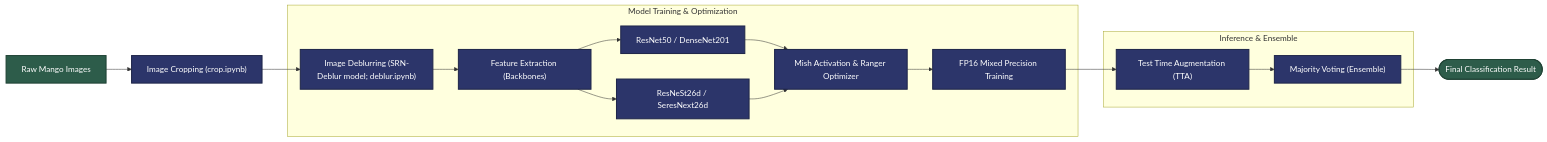
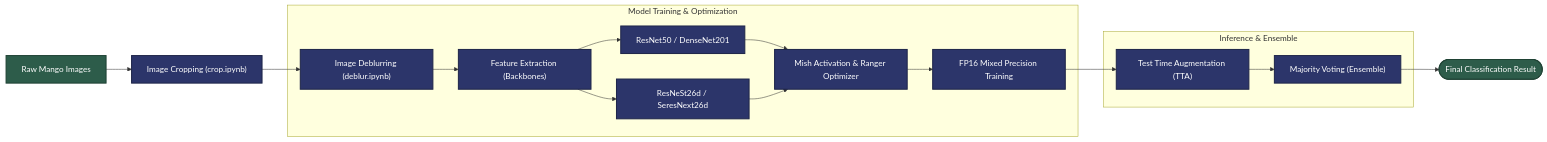
One commit to schaof/AI-Cup-2020-Mango-Image-Classification changed the diagram in README.md. Above: the diagram before and after it, drawn with Mermaid.

````diff
--- a/README.md
+++ b/README.md
@@ -5,29 +5,29 @@
 ```mermaid
 graph LR
     A["Raw Mango Images"] --> B["Image Cropping (crop.ipynb)"]
-    B --> C["Image Deblurring (SRN-Deblur model; deblur.ipynb)"]
+    B --> C["Image Deblurring (deblur.ipynb)"]
     
     subgraph Training_Phase["Model Training & Optimization"]
         C --> D["Feature Extraction (Backbones)"]
         D --> E["ResNet50 / DenseNet201"]
         D --> F["ResNeSt26d / SeresNext26d"]
         E --> G["Mish Activation & Ranger Optimizer"]
         F --> G
         G --> H["FP16 Mixed Precision Training"]
     end
 
     subgraph Inference_Phase["Inference & Ensemble"]
         H --> I["Test Time Augmentation (TTA)"]
         I --> J["Majority Voting (Ensemble)"]
     end
     
     J --> K(["Final Classification Result"])
 
     %% 視覺設定：定義企業級深色主題
     classDef premiumBlue fill:#2C356A,stroke:#1F264A,stroke-width:2px,color:#ffffff
     classDef premiumGreen fill:#2D5C4A,stroke:#1F4234,stroke-width:2px,color:#ffffff
 
     %% 套用配色
     class B,C,D,E,F,G,H,I,J premiumBlue
     class A,K premiumGreen
 ```
````
